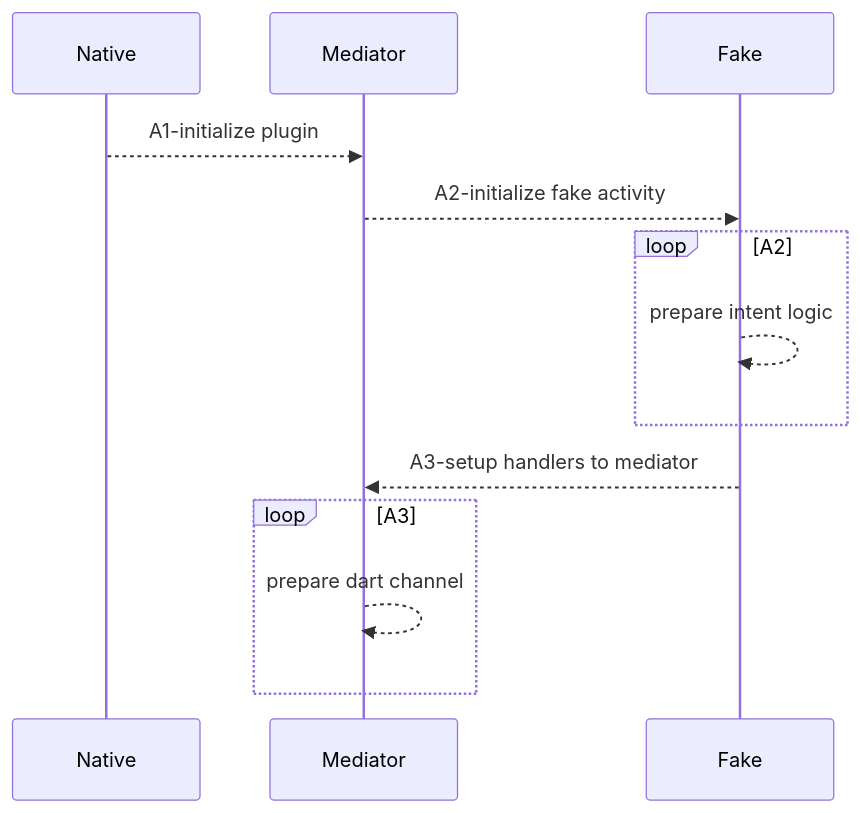
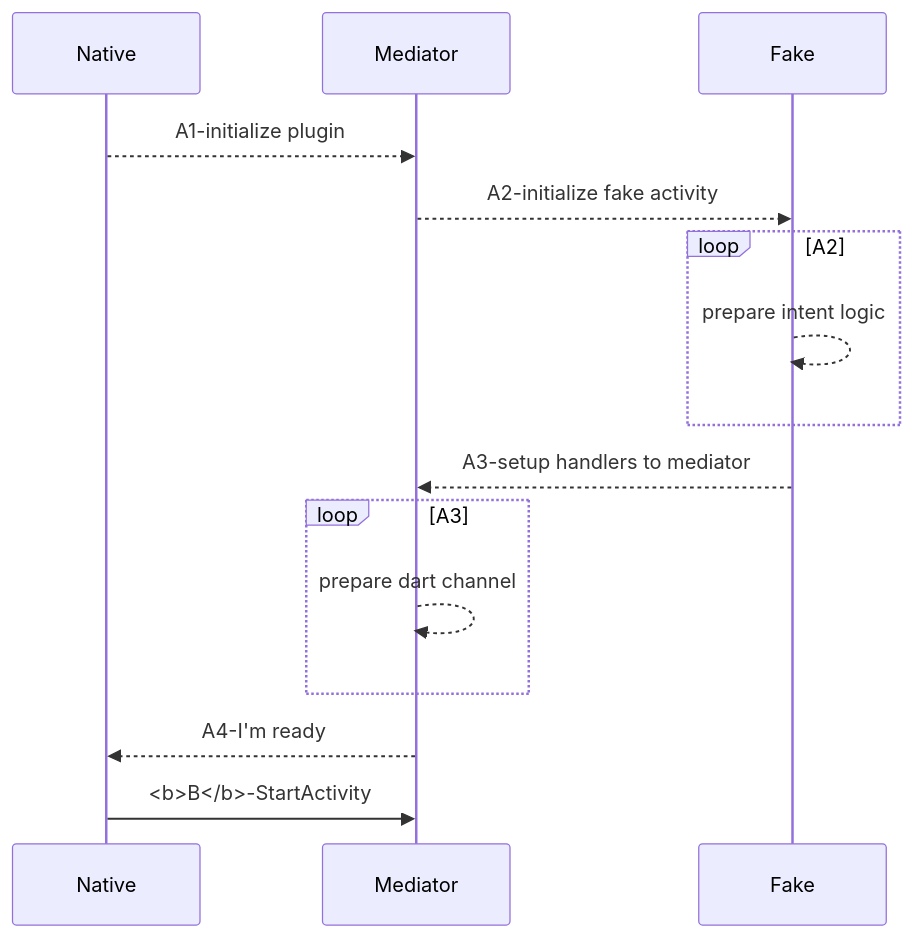
One commit to gordianknotC/nxp_note changed the second of 2 diagrams in flutter/addActivityResultListener.md. Above: the diagram before and after it, drawn with Mermaid. The commit also changed other lines of this file, not shown here.

Commit message:
flutter/addActivityResultListener.md updated from https://stackedit.io/

````diff
--- a/flutter/addActivityResultListener.md
+++ b/flutter/addActivityResultListener.md
@@ -55,12 +55,14 @@
 ```mermaid
 sequenceDiagram
 Native -->> Mediator: A1-initialize plugin
 Mediator -->> Fake: A2-initialize fake activity
 loop A2
 	Fake -->> Fake: prepare intent logic
 end
 Fake -->> Mediator: A3-setup handlers to mediator
 loop A3
 	Mediator -->> Mediator: prepare dart channel
 end
+Mediator -->> Native: A4-I'm ready
+Native ->> Mediator: <b>B</b>-StartActivity
 ```
````
